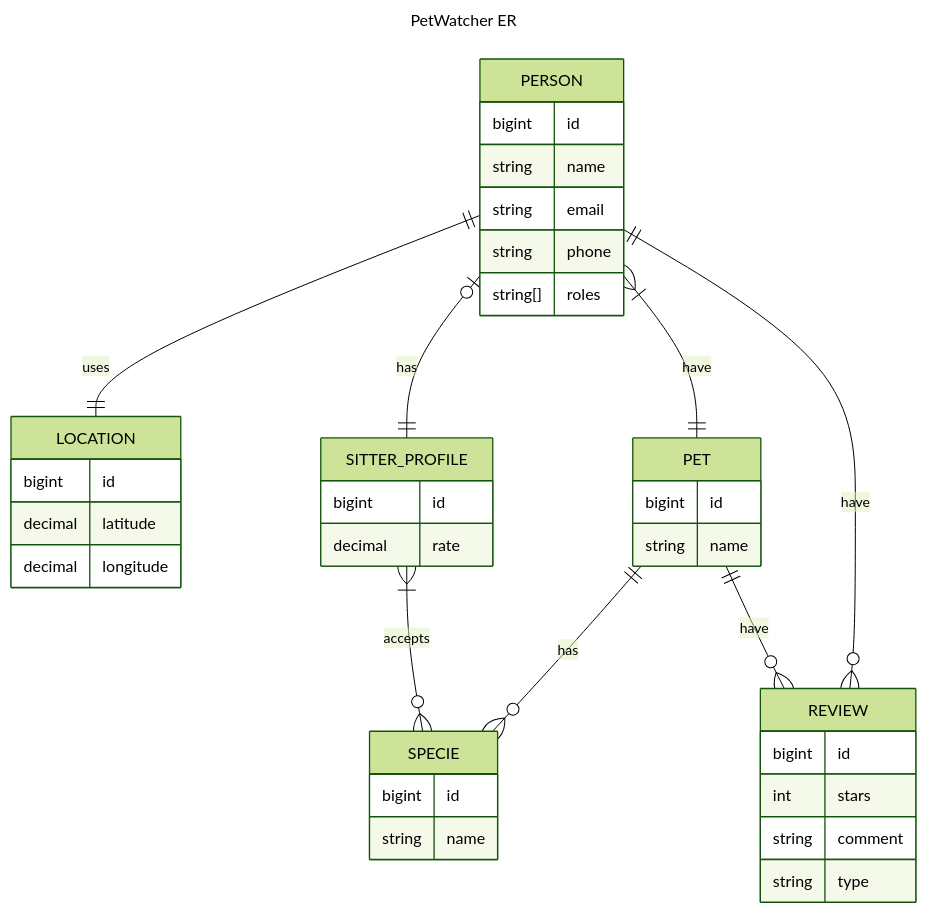
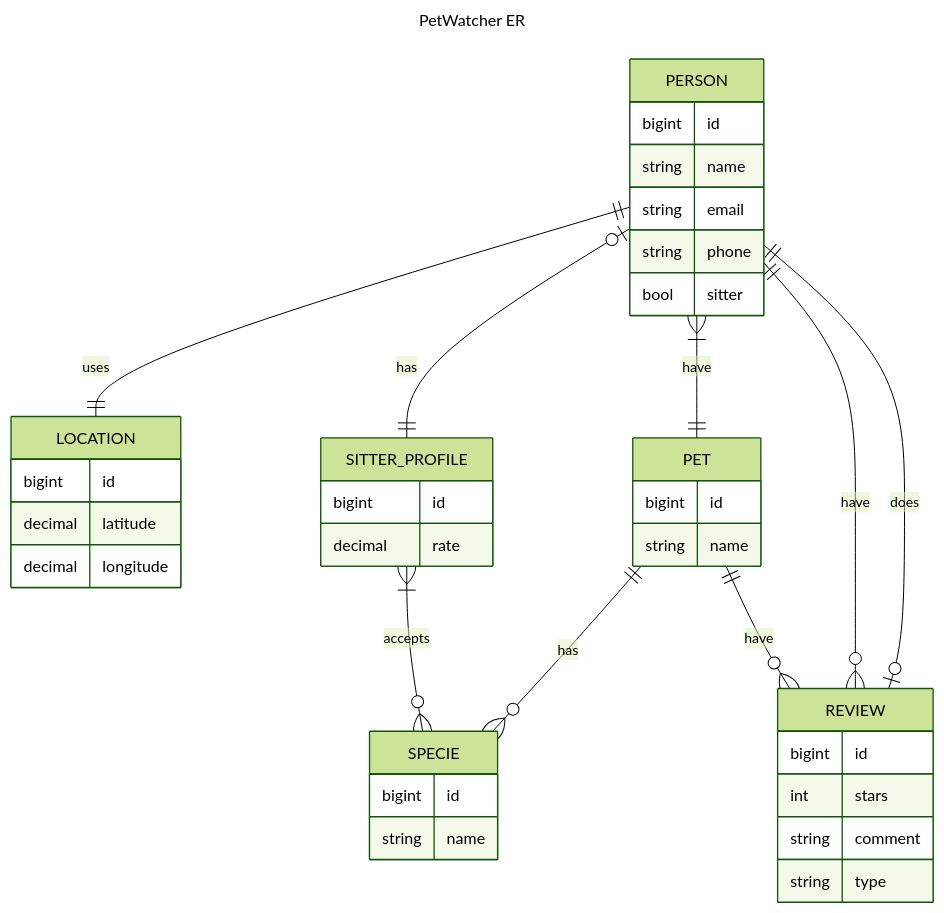
The diagram in README.md (saviocangussu-pet/hackaton-petwatcher), drawn with Mermaid (forest theme) before and after one commit. The commit also changed other lines of this file, not shown here.

````diff
--- a/README.md
+++ b/README.md
@@ -37,44 +40,45 @@
 ```mermaid
 ---
 title: PetWatcher ER
 ---
 erDiagram
   PERSON ||--|| LOCATION : uses
   SITTER_PROFILE }|--o{ SPECIE : accepts
   PERSON |o--|| SITTER_PROFILE : has
   PERSON }|--|| PET : have
   PET ||--o{ SPECIE : has
   PET ||--o{ REVIEW : have
   PERSON ||--o{ REVIEW : have
+  PERSON ||--o| REVIEW : does
 
   SITTER_PROFILE{
     bigint id
     decimal rate
   }
   PERSON {
     bigint id
     string name
     string email
     string phone
-    string[] roles
+    bool sitter
   }
   PET {
     bigint id
     string name
   }
   SPECIE {
     bigint id
     string name
   }
   LOCATION {
     bigint id
     decimal latitude
     decimal longitude
   }
   REVIEW {
     bigint id
     int stars
     string comment
     string type
   }
 ```
````
